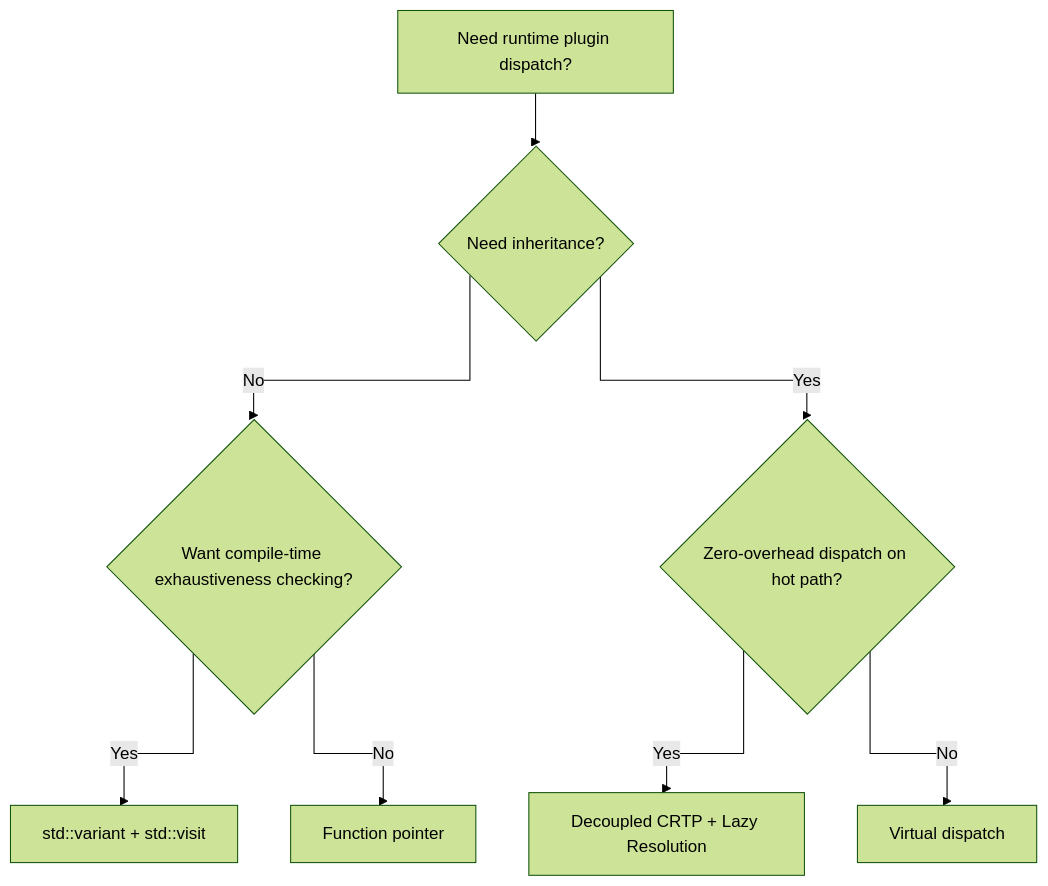
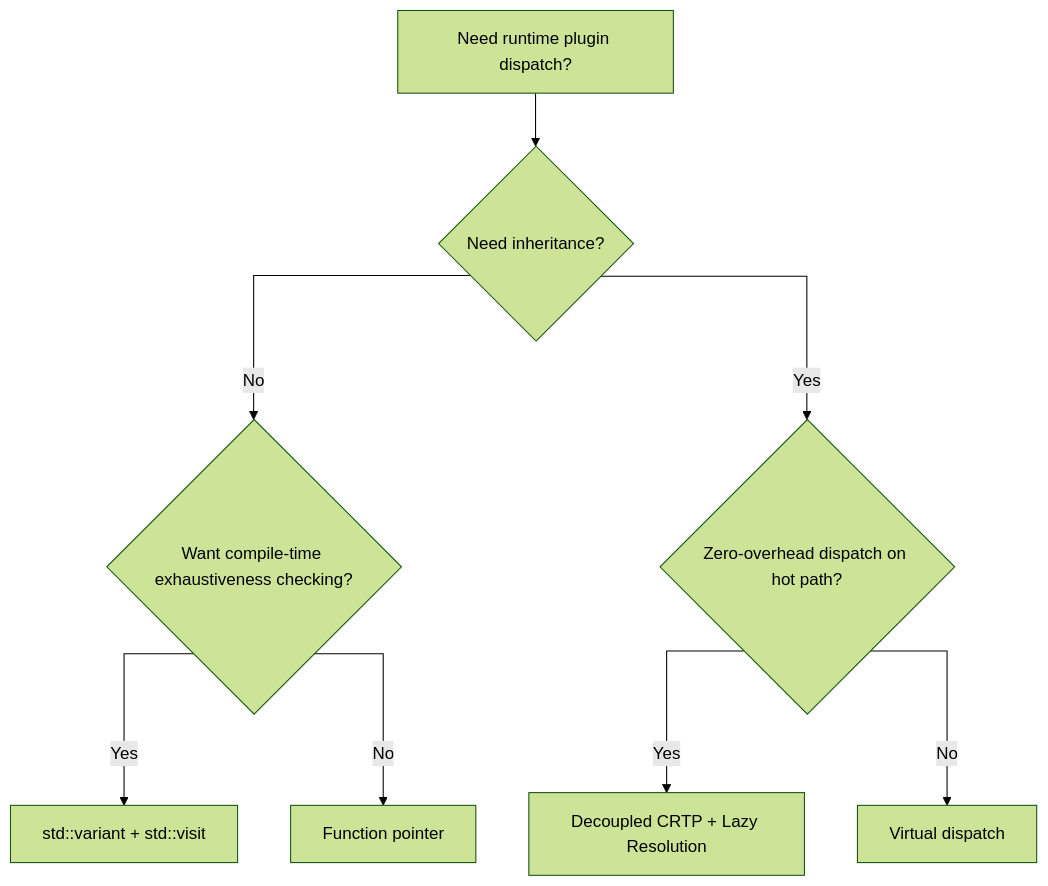
One commit to Shubhankar-Gambhir/Shubhankar-Gambhir.github.io changed the diagram in _posts/2026-05-07-four-ways-to-dispatch-a-runtime-selected-strategy-in-cpp.md. Above: the diagram before and after it, drawn with Mermaid (forest theme).

Commit message:
Switch to stepAfter curve for decision flowchart arrows

````diff
--- a/_posts/2026-05-07-four-ways-to-dispatch-a-runtime-selected-strategy-in-cpp.md
+++ b/_posts/2026-05-07-four-ways-to-dispatch-a-runtime-selected-strategy-in-cpp.md
@@ -271,15 +271,15 @@
 ```mermaid
 ---
 config:
   flowchart:
-    curve: stepBefore
+    curve: stepAfter
 ---
 flowchart TD
     A[Need runtime plugin dispatch?] --> B{Need inheritance?}
     B -- No --> C{Want compile-time exhaustiveness checking?}
     C -- Yes --> D["std::variant + std::visit"]
     C -- No --> E[Function pointer]
     B -- Yes --> F{Zero-overhead dispatch on hot path?}
     F -- Yes --> G[Decoupled CRTP + Lazy Resolution]
     F -- No --> H[Virtual dispatch]
 ```
````
